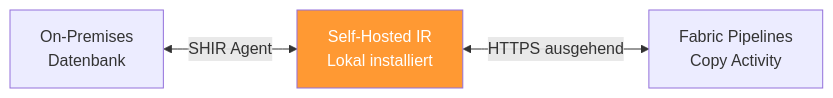
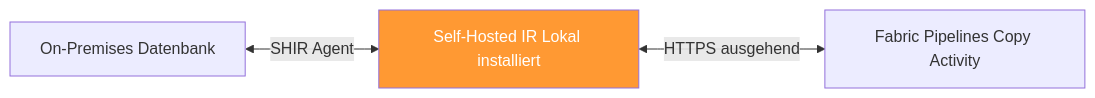
The fifth of 7 diagrams in Microsoft 365/Azure/Fabric/Fabric Data Factory.md (SoniiiT/notes-n-docs), drawn with Mermaid before and after one commit. The commit also changed other lines of this file and 124 other files, not shown here.

First line of the commit message:
fix: Entferne \n aus allen Mermaid-Diagrammen (125 Dateien)

````diff
--- a/Microsoft 365/Azure/Fabric/Fabric Data Factory.md
+++ b/Microsoft 365/Azure/Fabric/Fabric Data Factory.md
@@ -285,7 +285,7 @@
 ```mermaid
 graph LR
-    ONPREM2[On-Premises\nDatenbank] <-->|SHIR Agent| SHIR[Self-Hosted IR\nLokal installiert]
-    SHIR <-->|HTTPS ausgehend| FABRIC2[Fabric Pipelines\nCopy Activity]
+    ONPREM2[On-Premises Datenbank] <-->|SHIR Agent| SHIR[Self-Hosted IR Lokal installiert]
+    SHIR <-->|HTTPS ausgehend| FABRIC2[Fabric Pipelines Copy Activity]
     
     style SHIR fill:#ff9933,color:#fff
 ```
````
